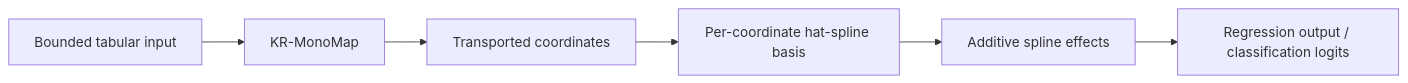
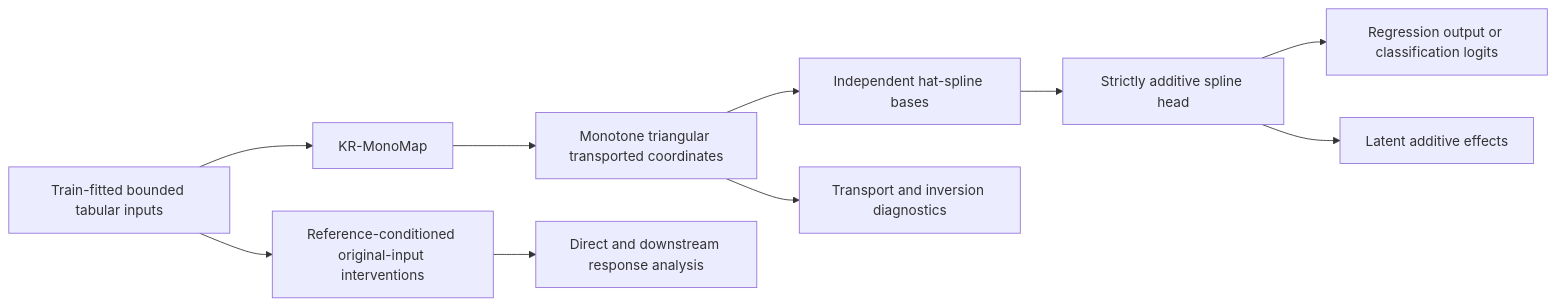
Before and after one commit to mcihann/KRAN-backup: the diagram in README.md, drawn with Mermaid. The commit also changed other lines of this file and 89 other files, not shown here.

````diff
--- a/README.md
+++ b/README.md
@@ -5,8 +10,12 @@
 ```mermaid
 flowchart LR
-    A[Bounded tabular input] --> B[KR-MonoMap]
-    B --> C[Transported coordinates]
-    C --> D[Per-coordinate hat-spline basis]
-    D --> E[Additive spline effects]
-    E --> F[Regression output / classification logits]
+    A[Train-fitted bounded tabular inputs] --> B[KR-MonoMap]
+    B --> C[Monotone triangular transported coordinates]
+    C --> D[Independent hat-spline bases]
+    D --> E[Strictly additive spline head]
+    E --> F[Regression output or classification logits]
+    C --> G[Transport and inversion diagnostics]
+    E --> H[Latent additive effects]
+    A --> I[Reference-conditioned original-input interventions]
+    I --> J[Direct and downstream response analysis]
 ```
````
